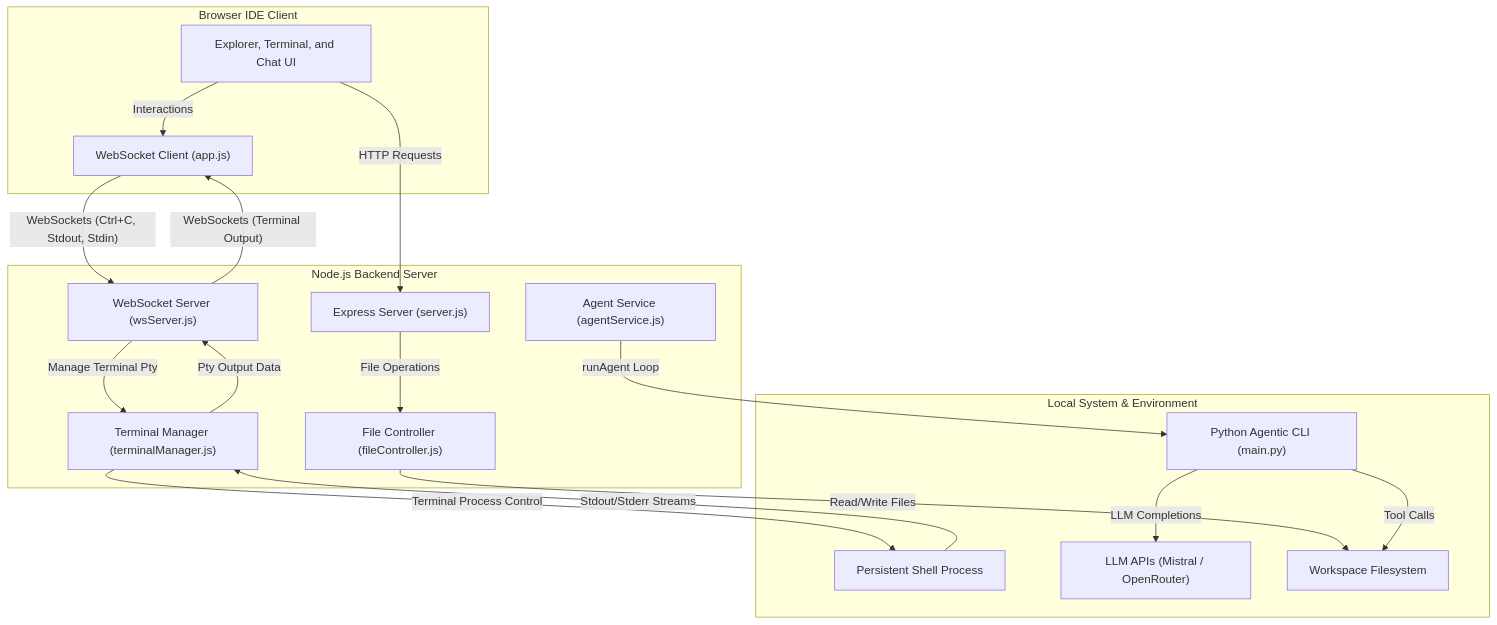
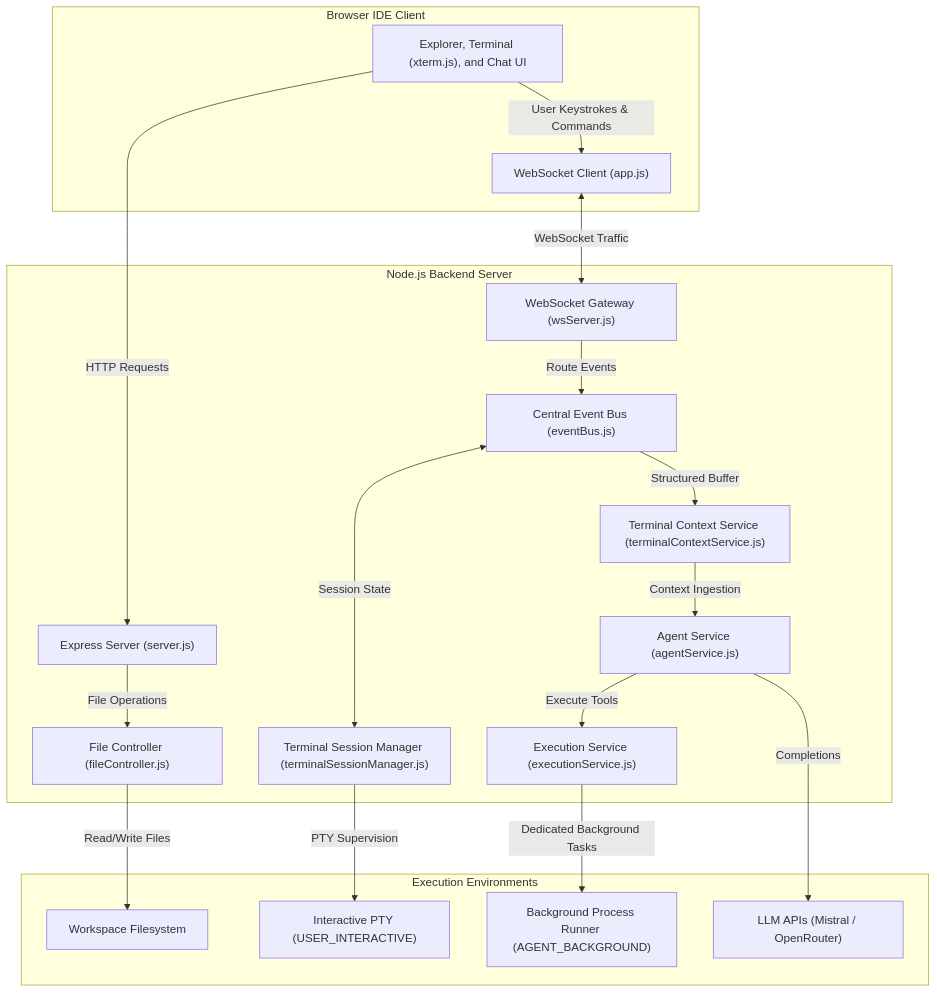
One commit to atharv20s/vscode_cli changed the diagram in README.md. Above: the diagram before and after it, drawn with Mermaid.

Commit message:
docs: update architecture diagram with event bus and execution isolation

````diff
--- a/README.md
+++ b/README.md
@@ -11,36 +11,39 @@
 ```mermaid
 graph TD
     subgraph Client ["Browser IDE Client"]
-        UI["Explorer, Terminal, and Chat UI"]
+        UI["Explorer, Terminal (xterm.js), and Chat UI"]
         WSClient["WebSocket Client (app.js)"]
     end
 
     subgraph Server ["Node.js Backend Server"]
         Express["Express Server (server.js)"]
-        WSServer["WebSocket Server (wsServer.js)"]
-        TermMgr["Terminal Manager (terminalManager.js)"]
+        WSServer["WebSocket Gateway (wsServer.js)"]
+        EventBus["Central Event Bus (eventBus.js)"]
+        TermSession["Terminal Session Manager (terminalSessionManager.js)"]
+        TermContext["Terminal Context Service (terminalContextService.js)"]
+        ExecSvc["Execution Service (executionService.js)"]
         AgentSvc["Agent Service (agentService.js)"]
         FileCtrl["File Controller (fileController.js)"]
     end
 
-    subgraph System ["Local System & Environment"]
-        PtyProcess["Persistent Shell Process"]
-        PythonAgent["Python Agentic CLI (main.py)"]
+    subgraph Execution ["Execution Environments"]
+        UserPTY["Interactive PTY (USER_INTERACTIVE)"]
+        AgentProc["Background Process Runner (AGENT_BACKGROUND)"]
+        Filesystem["Workspace Filesystem"]
         LLM["LLM APIs (Mistral / OpenRouter)"]
-        Filesystem["Workspace Filesystem"]
     end
 
     UI -->|"HTTP Requests"| Express
-    UI -->|"Interactions"| WSClient
-    WSClient -->|"WebSockets (Ctrl+C, Stdout, Stdin)"| WSServer
-    WSServer -->|"WebSockets (Terminal Output)"| WSClient
+    UI -->|"User Keystrokes & Commands"| WSClient
+    WSClient <-->|"WebSocket Traffic"| WSServer
+    WSServer -->|"Route Events"| EventBus
+    EventBus <-->|"Session State"| TermSession
+    EventBus -->|"Structured Buffer"| TermContext
+    TermContext -->|"Context Ingestion"| AgentSvc
+    TermSession -->|"PTY Supervision"| UserPTY
+    AgentSvc -->|"Execute Tools"| ExecSvc
+    ExecSvc -->|"Dedicated Background Tasks"| AgentProc
     Express -->|"File Operations"| FileCtrl
     FileCtrl -->|"Read/Write Files"| Filesystem
-    WSServer -->|"Manage Terminal Pty"| TermMgr
-    TermMgr -->|"Terminal Process Control"| PtyProcess
-    PtyProcess -->|"Stdout/Stderr Streams"| TermMgr
-    TermMgr -->|"Pty Output Data"| WSServer
-    AgentSvc -->|"runAgent Loop"| PythonAgent
-    PythonAgent -->|"Tool Calls"| Filesystem
-    PythonAgent -->|"LLM Completions"| LLM
+    AgentSvc -->|"Completions"| LLM
 ```
````
